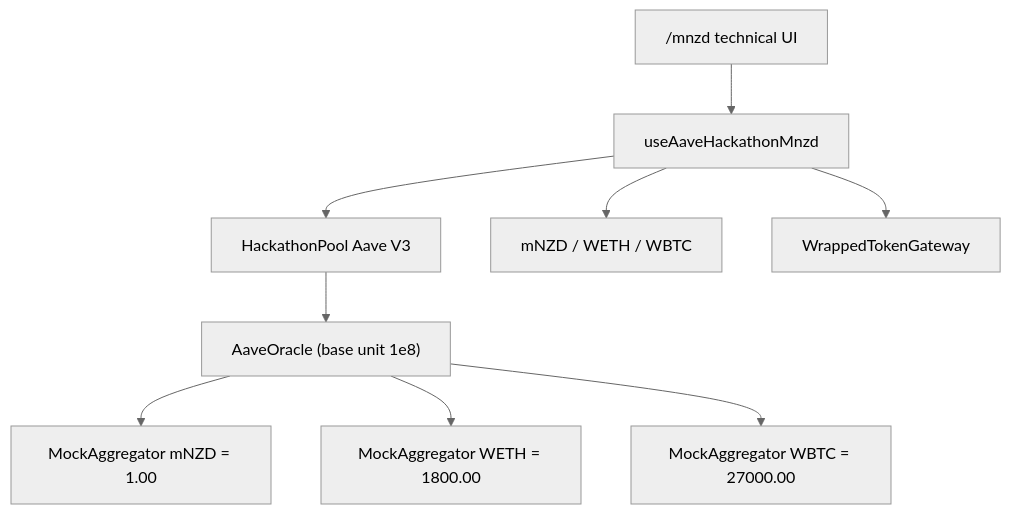
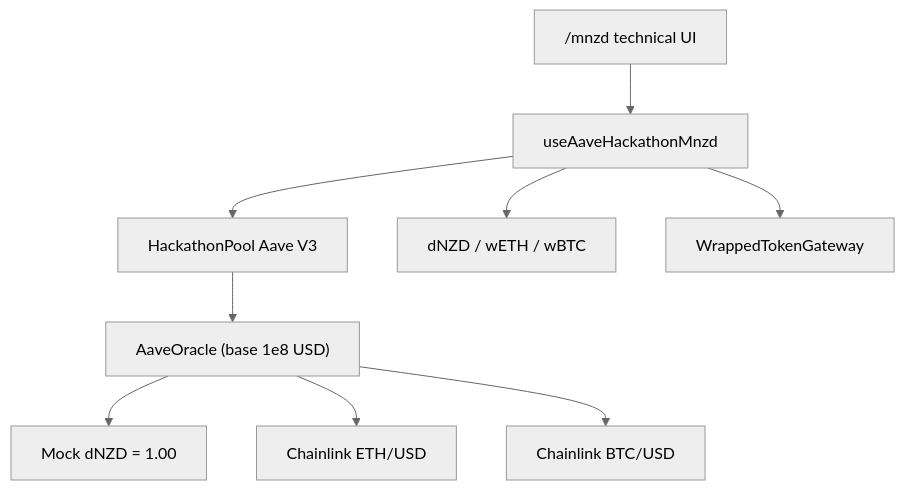
One commit to jxav22/aave-nzdd-sepolia-demo changed the diagram in docs/BUILD_PLAN.md. Above: the diagram before and after it, drawn with Mermaid (neutral theme). The commit also changed other lines of this file and 8 other files, not shown here.

````diff
--- a/docs/BUILD_PLAN.md
+++ b/docs/BUILD_PLAN.md
@@ -277,11 +173,11 @@
 ```mermaid
 flowchart TB
   UI["/mnzd technical UI"] --> Hook["useAaveHackathonMnzd"]
   Hook --> Pool["HackathonPool Aave V3"]
-  Hook --> Tokens["mNZD / WETH / WBTC"]
+  Hook --> Tokens["dNZD / wETH / wBTC"]
   Hook --> Gateway["WrappedTokenGateway"]
-  Pool --> Oracle["AaveOracle (base unit 1e8)"]
-  Oracle --> F1["MockAggregator mNZD = 1.00"]
-  Oracle --> F2["MockAggregator WETH = 1800.00"]
-  Oracle --> F3["MockAggregator WBTC = 27000.00"]
+  Pool --> Oracle["AaveOracle (base 1e8 USD)"]
+  Oracle --> F1["Mock dNZD = 1.00"]
+  Oracle --> F2["Chainlink ETH/USD"]
+  Oracle --> F3["Chainlink BTC/USD"]
 ```
````
